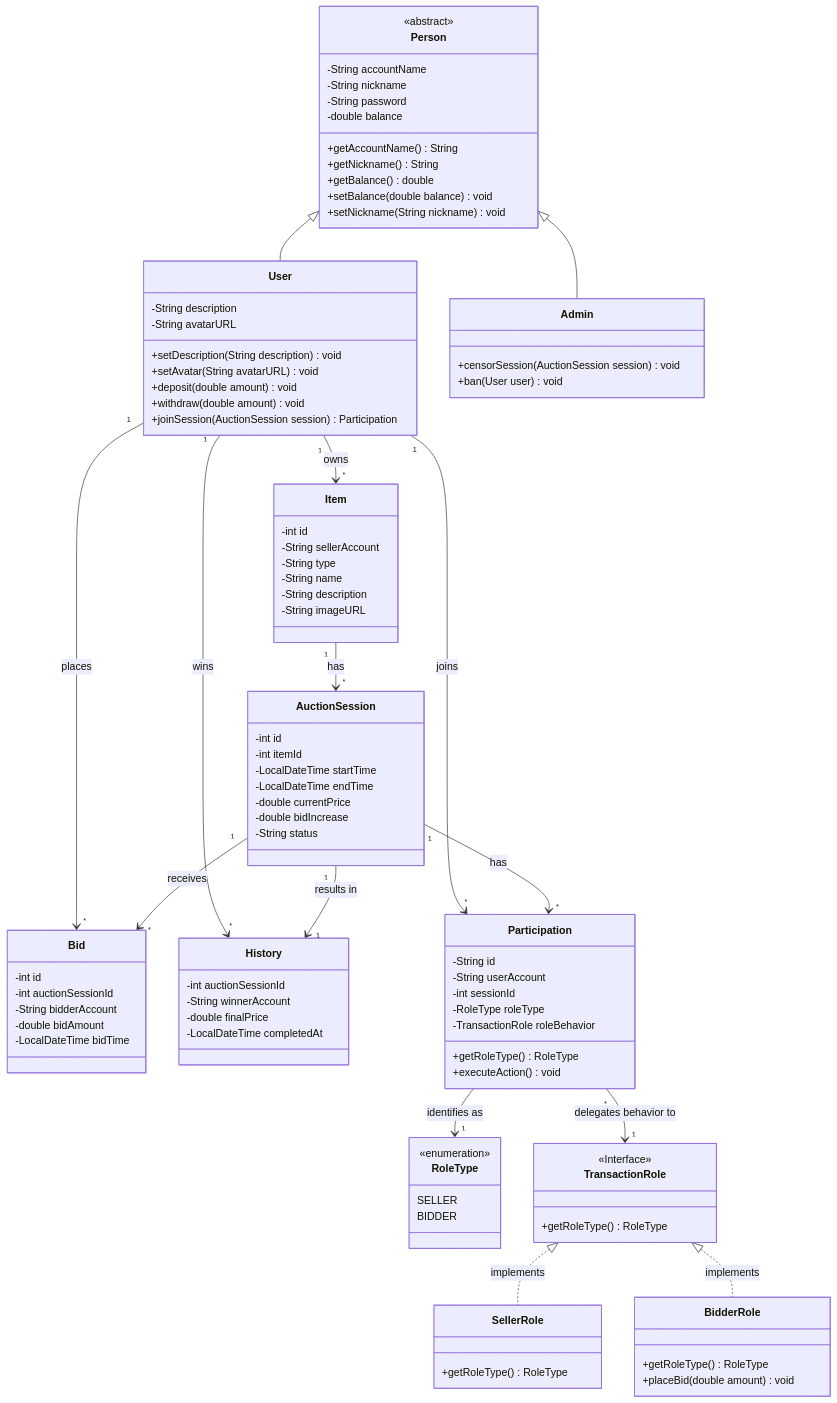
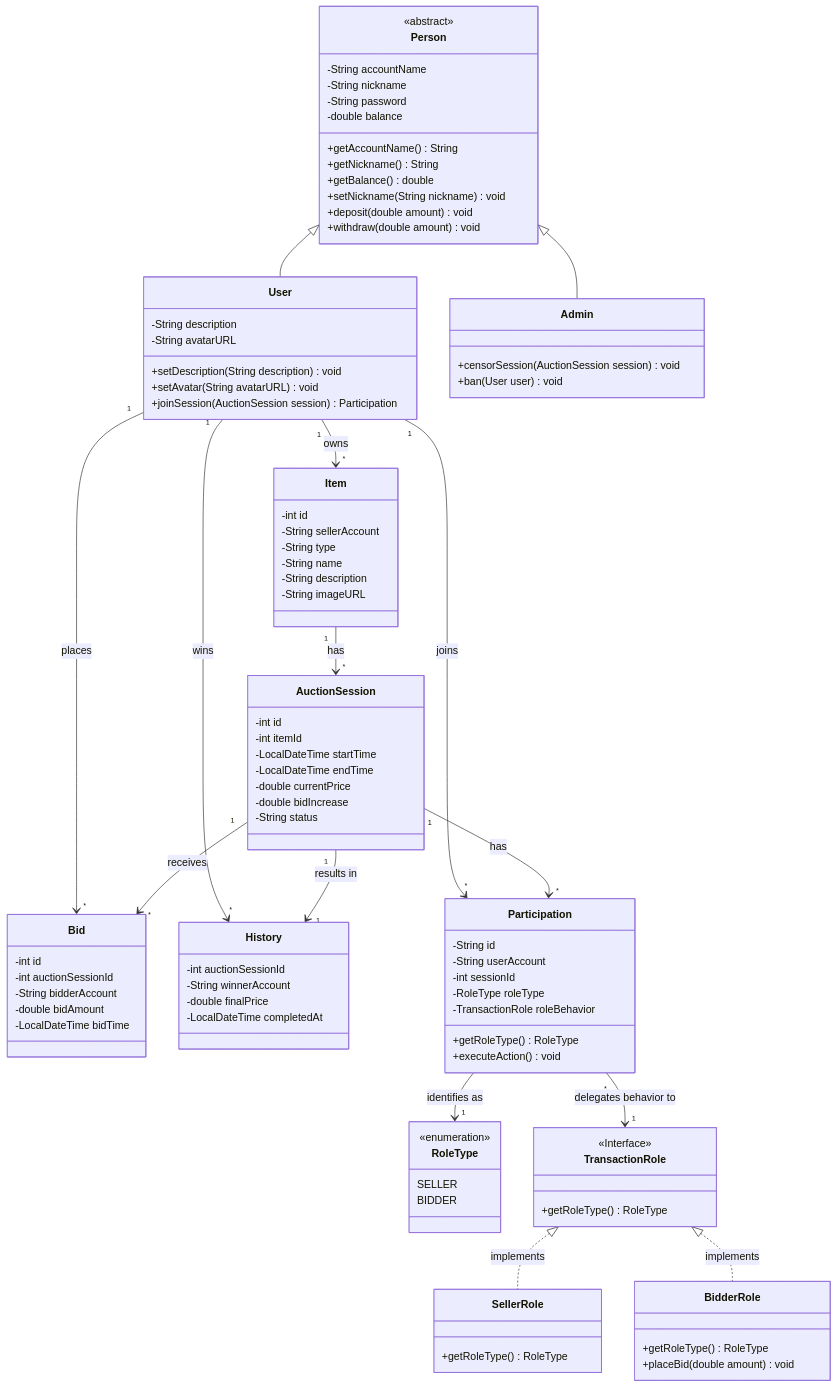
One commit to phudeptraibodoithe/Bai-tap-lon-nhom-6 changed the diagram in README.md. Above: the diagram before and after it, drawn with Mermaid. The commit also changed other lines of this file, not shown here.

```diff
--- a/README.md
+++ b/README.md
@@ -16,8 +16,9 @@
         +getAccountName() String
         +getNickname() String
         +getBalance() double
-        +setBalance(double balance) void
         +setNickname(String nickname) void
+        +deposit(double amount) void
+        +withdraw(double amount) void
     }
 
     class User {
@@ -25,8 +26,6 @@
         -String avatarURL
         +setDescription(String description) void
         +setAvatar(String avatarURL) void
-        +deposit(double amount) void
-        +withdraw(double amount) void
         +joinSession(AuctionSession session) Participation
     }
 
```
